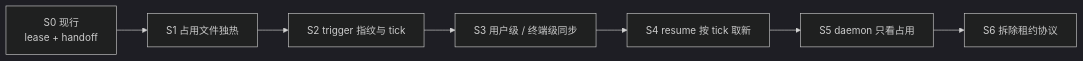
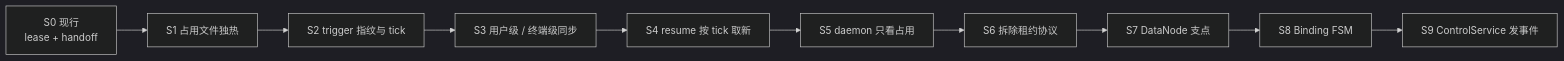
The diagram in ROADMAP.md (yukai08008/dual-tmux), drawn with Mermaid (dark theme) before and after one commit. The commit also changed other lines of this file and 28 other files, not shown here.

````diff
--- a/ROADMAP.md
+++ b/ROADMAP.md
@@ -17,9 +17,12 @@
 ```mermaid
 flowchart LR
   S0["S0 现行<br/>lease + handoff"] --> S1["S1 占用文件独热"]
   S1 --> S2["S2 trigger 指纹与 tick"]
   S2 --> S3["S3 用户级 / 终端级同步"]
   S3 --> S4["S4 resume 按 tick 取新"]
   S4 --> S5["S5 daemon 只看占用"]
   S5 --> S6["S6 拆除租约协议"]
+  S6 --> S7["S7 DataNode 支点"]
+  S7 --> S8["S8 Binding FSM"]
+  S8 --> S9["S9 ControlService 发事件"]
 ```
````
